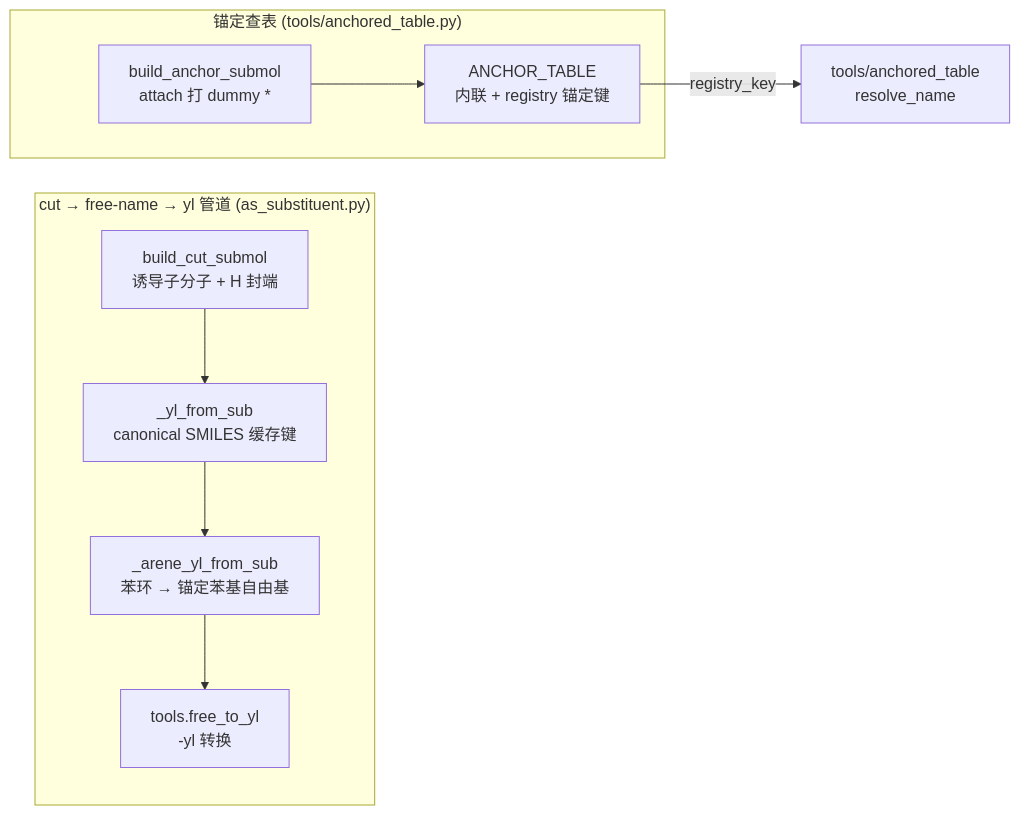
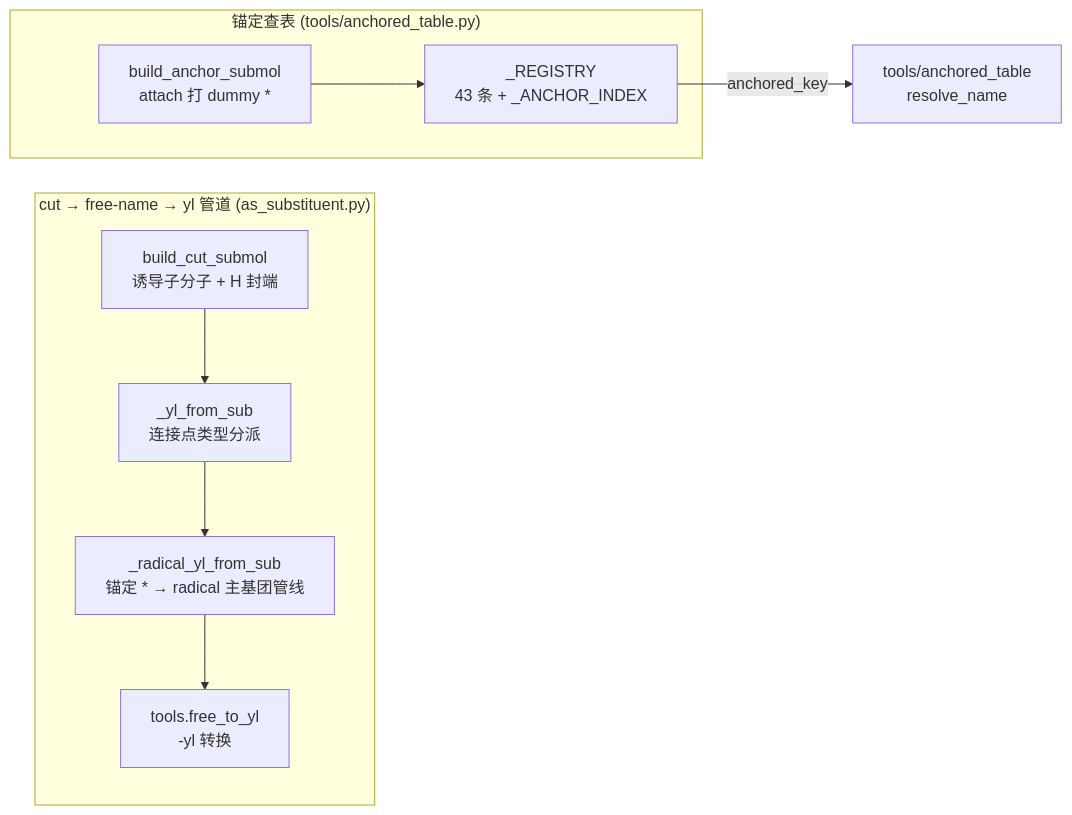
Before and after one commit to zouxiaofei1/OpenSMILES: the second of 2 diagrams in docs/wiki/architecture/layer3-substituents.md, drawn with Mermaid. The commit also changed other lines of this file and 12 other files, not shown here.

````diff
--- a/docs/wiki/architecture/layer3-substituents.md
+++ b/docs/wiki/architecture/layer3-substituents.md
@@ -164,20 +164,20 @@
 ```mermaid
 flowchart LR
     subgraph CUT["cut → free-name → yl 管道 (as_substituent.py)"]
         BC["build_cut_submol<br/>诱导子分子 + H 封端"]
-        YL["_yl_from_sub<br/>canonical SMILES 缓存键"]
-        ARENE["_arene_yl_from_sub<br/>苯环 → 锚定苯基自由基"]
+        YL["_yl_from_sub<br/>连接点类型分派"]
+        RAD["_radical_yl_from_sub<br/>锚定 * → radical 主基团管线"]
         FY["tools.free_to_yl<br/>-yl 转换"]
     end
 
     subgraph ANCHOR["锚定查表 (tools/anchored_table.py)"]
         BA["build_anchor_submol<br/>attach 打 dummy *"]
-        AT["ANCHOR_TABLE<br/>内联 + registry 锚定键"]
+        AT["_REGISTRY<br/>43 条 + _ANCHOR_INDEX"]
     end
 
     BC --> YL
-    YL --> ARENE
-    ARENE --> FY
+    YL --> RAD
+    RAD --> FY
     BA --> AT
-    AT -->|"registry_key"| REG["tools/anchored_table<br/>resolve_name"]
+    AT -->|"anchored_key"| REG["tools/anchored_table<br/>resolve_name"]
 ```
````
